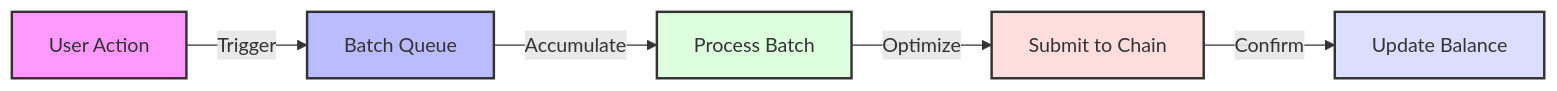
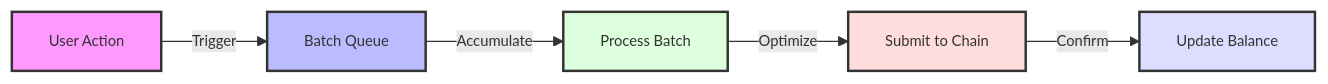
Before and after one commit to MEMEFANS/memefans: the third of 4 diagrams in docs/whitepaper/executive-summary.md, drawn with Mermaid. The commit also changed other lines of this file, not shown here.

Commit message:
adjust: resize mermaid diagrams in executive summary

````diff
--- a/docs/whitepaper/executive-summary.md
+++ b/docs/whitepaper/executive-summary.md
@@ -66,12 +68,13 @@
 ```mermaid
+%%{init: {'theme': 'default', 'themeVariables': { 'fontSize': '12px'}, 'flowchart': {'width': 400, 'height': 200 }}}%%
 graph LR
     A[User Action] -->|Trigger| B[Batch Queue]
     B -->|Accumulate| C[Process Batch]
     C -->|Optimize| D[Submit to Chain]
     D -->|Confirm| E[Update Balance]
     style A fill:#f9f,stroke:#333,stroke-width:2px
     style B fill:#bbf,stroke:#333,stroke-width:2px
     style C fill:#dfd,stroke:#333,stroke-width:2px
     style D fill:#fdd,stroke:#333,stroke-width:2px
     style E fill:#ddf,stroke:#333,stroke-width:2px
 ```
````
